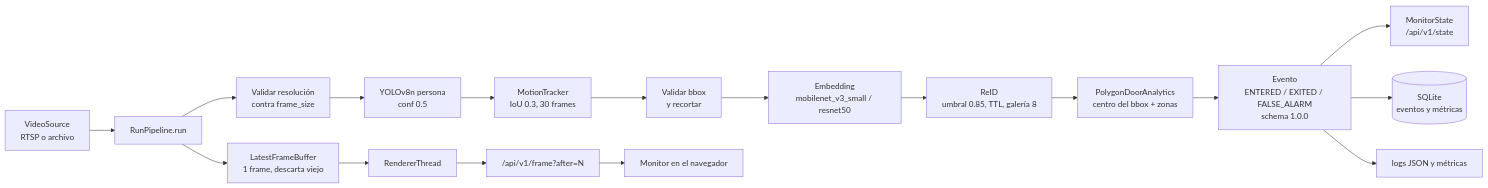
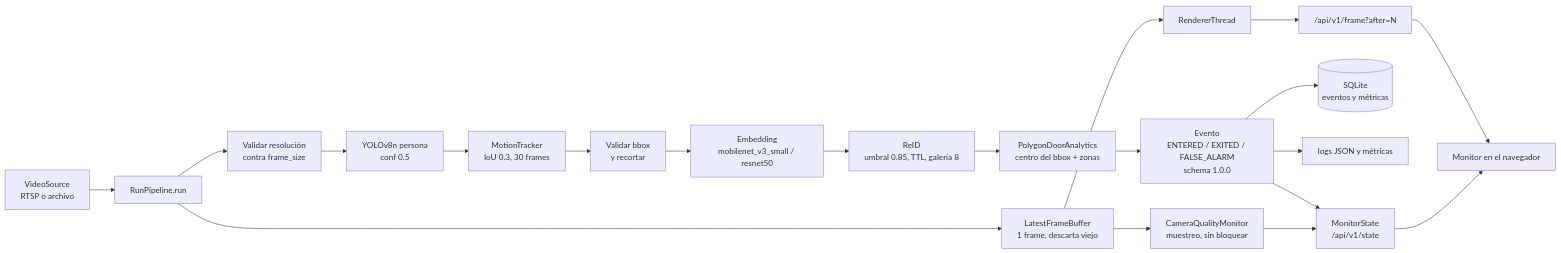
One commit to ECOSUR-TEAM/Vision-Core changed the fourth of 4 diagrams in docs/diagrams.md. Above: the diagram before and after it, drawn with Mermaid. The commit also changed other lines of this file and 8 other files, not shown here.

````diff
--- a/docs/diagrams.md
+++ b/docs/diagrams.md
@@ -109,19 +113,22 @@
 ```mermaid
 flowchart LR
     Source["VideoSource<br/>RTSP o archivo"] --> Run["RunPipeline.run"]
     Run --> Res["Validar resolución<br/>contra frame_size"]
     Res --> Det["YOLOv8n persona<br/>conf 0.5"]
     Det --> Track["MotionTracker<br/>IoU 0.3, 30 frames"]
     Track --> Crop["Validar bbox<br/>y recortar"]
     Crop --> Emb["Embedding<br/>mobilenet_v3_small / resnet50"]
     Emb --> Identity["ReID<br/>umbral 0.85, TTL, galería 8"]
     Identity --> Analytics["PolygonDoorAnalytics<br/>centro del bbox + zonas"]
     Analytics --> Event["Evento<br/>ENTERED / EXITED / FALSE_ALARM<br/>schema 1.0.0"]
     Event --> State["MonitorState<br/>/api/v1/state"]
     Event --> Store[("SQLite<br/>eventos y métricas")]
     Event --> Obs["logs JSON y métricas"]
     Run --> FrameBuf["LatestFrameBuffer<br/>1 frame, descarta viejo"]
     FrameBuf --> Renderer["RendererThread"]
+    FrameBuf --> Quality["CameraQualityMonitor<br/>muestreo, sin bloquear"]
+    Quality --> State
     Renderer --> FrameAPI["/api/v1/frame?after=N"]
     FrameAPI --> Browser["Monitor en el navegador"]
+    State --> Browser
 ```
````
